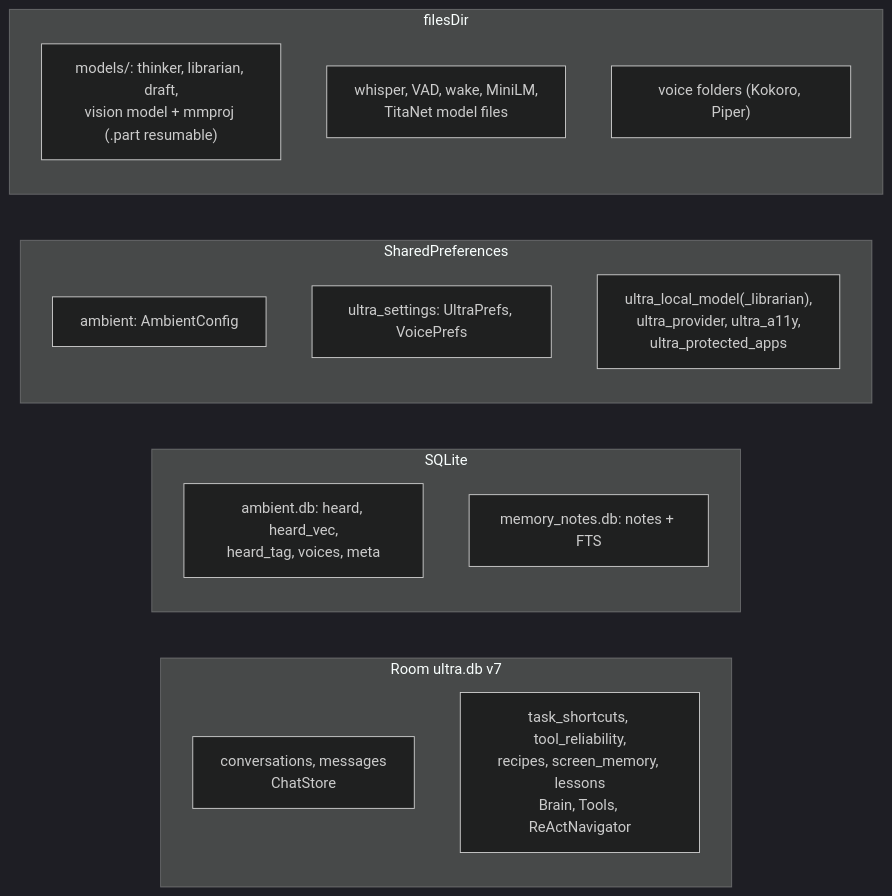
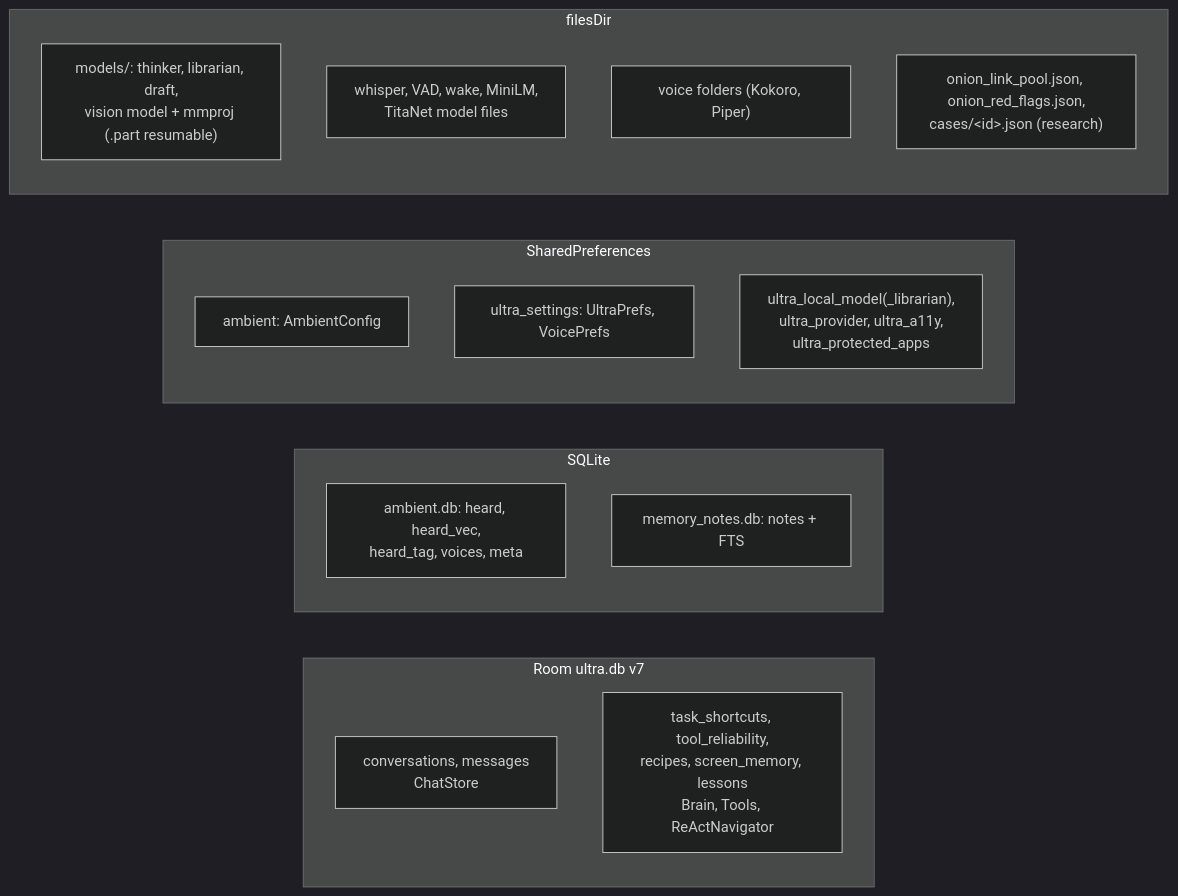
Before and after one commit to Arbloodhound/Jarvis: the eighth of 9 diagrams in ARCHITECTURE.md, drawn with Mermaid (dark theme). The commit also changed other lines of this file and 22 other files, not shown here.

````diff
--- a/ARCHITECTURE.md
+++ b/ARCHITECTURE.md
@@ -311,21 +326,22 @@
 ```mermaid
 flowchart LR
   subgraph ROOM["Room ultra.db v7"]
     R1["conversations, messages<br/>ChatStore"]
     R2["task_shortcuts, tool_reliability,<br/>recipes, screen_memory, lessons<br/>Brain, Tools, ReActNavigator"]
   end
   subgraph SQL["SQLite"]
     S1["ambient.db: heard, heard_vec,<br/>heard_tag, voices, meta"]
     S2["memory_notes.db: notes + FTS"]
   end
   subgraph PREF["SharedPreferences"]
     P1["ambient: AmbientConfig"]
     P2["ultra_settings: UltraPrefs, VoicePrefs"]
     P3["ultra_local_model(_librarian),<br/>ultra_provider, ultra_a11y,<br/>ultra_protected_apps"]
   end
   subgraph FILES["filesDir"]
     F1["models/: thinker, librarian, draft,<br/>vision model + mmproj (.part resumable)"]
     F2["whisper, VAD, wake, MiniLM,<br/>TitaNet model files"]
     F3["voice folders (Kokoro, Piper)"]
+    F4["onion_link_pool.json, onion_red_flags.json,<br/>cases/&lt;id&gt;.json (research)"]
   end
 ```
````
